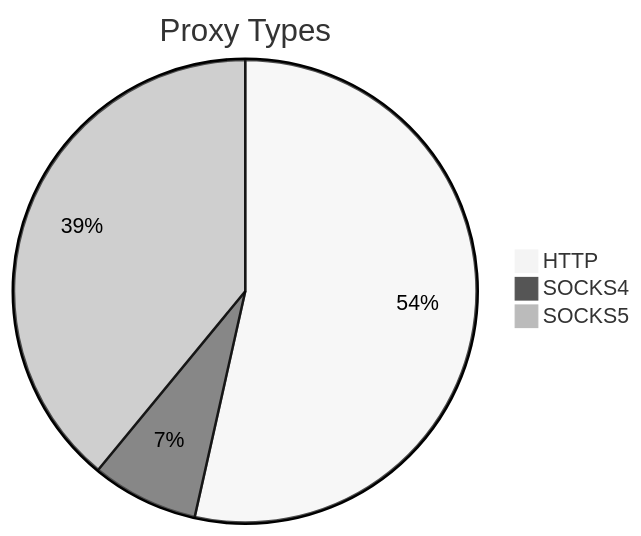
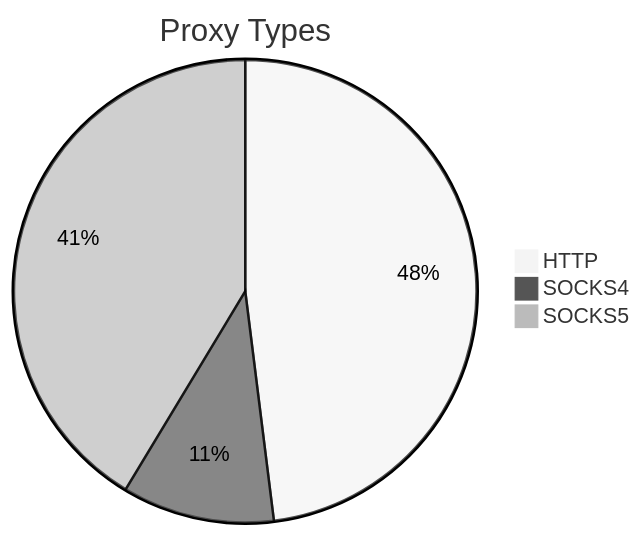
One commit to stormsia/proxy-list changed the first of 2 diagrams in README.md. Above: the diagram before and after it, drawn with Mermaid (neutral theme). The commit also changed other lines of this file, not shown here.

````diff
--- a/README.md
+++ b/README.md
@@ -21,6 +21,6 @@
 ```mermaid
 pie title Proxy Types
-    "HTTP" : 366
-    "SOCKS4" : 51
-    "SOCKS5" : 267
+    "HTTP" : 425
+    "SOCKS4" : 94
+    "SOCKS5" : 366
 ```
````
